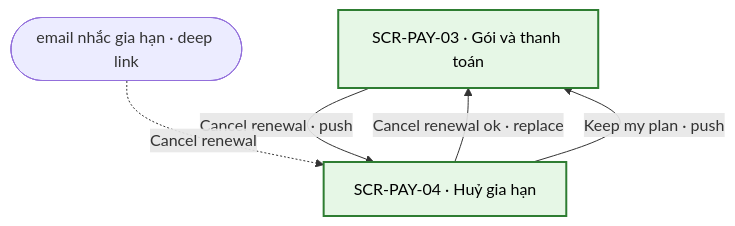
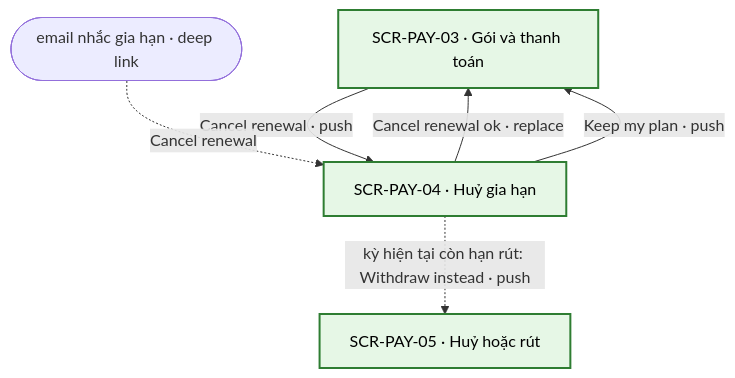
Before and after one commit to minhvblc/TestLibrary: the first of 2 diagrams in docs/screens/SCR-PAY-04-huy-gia-han.md, drawn with Mermaid. The commit also changed other lines of this file and 22 other files, not shown here.

````diff
--- a/docs/screens/SCR-PAY-04-huy-gia-han.md
+++ b/docs/screens/SCR-PAY-04-huy-gia-han.md
@@ -35,9 +37,10 @@
 ```mermaid
 flowchart TD
     SCR_PAY_03["SCR-PAY-03 · Gói và thanh toán"] -->|"Cancel renewal · push"| SCR_PAY_04["SCR-PAY-04 · Huỷ gia hạn"]
     ENTRY_EMAIL(["email nhắc gia hạn · deep link"]) -.->|"Cancel renewal"| SCR_PAY_04
     SCR_PAY_04 -->|"Cancel renewal ok · replace"| SCR_PAY_03
     SCR_PAY_04 -->|"Keep my plan · push"| SCR_PAY_03
+    SCR_PAY_04 -.->|"kỳ hiện tại còn hạn rút: Withdraw instead · push"| SCR_PAY_05["SCR-PAY-05 · Huỷ hoặc rút"]
     classDef paid fill:#e6f7e6,stroke:#2e7d32,stroke-width:2px,color:#000;
-    class SCR_PAY_03,SCR_PAY_04 paid;
+    class SCR_PAY_03,SCR_PAY_04,SCR_PAY_05 paid;
 ```
````
